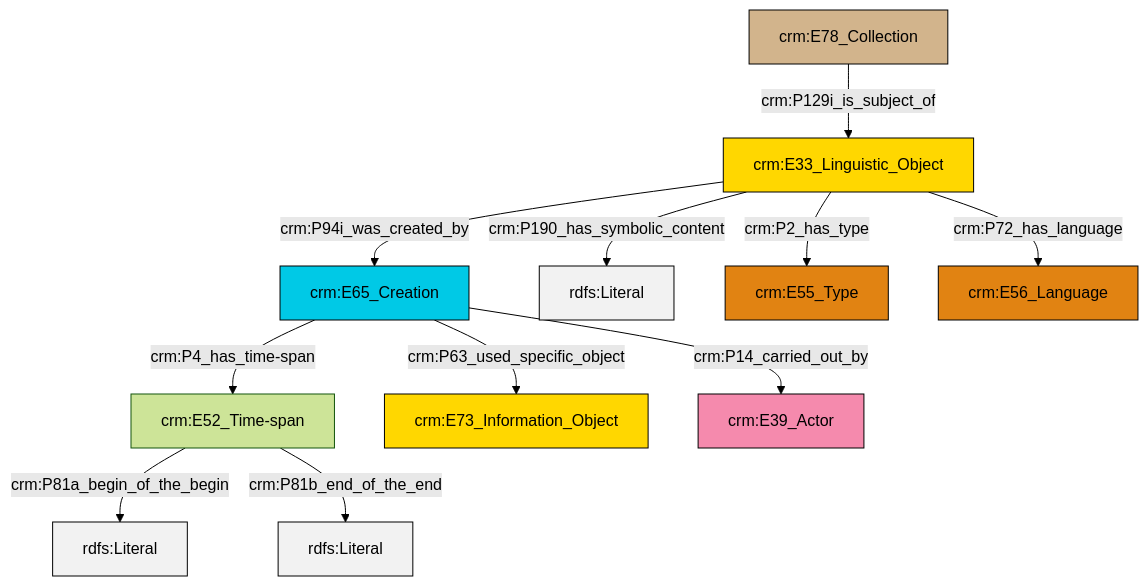
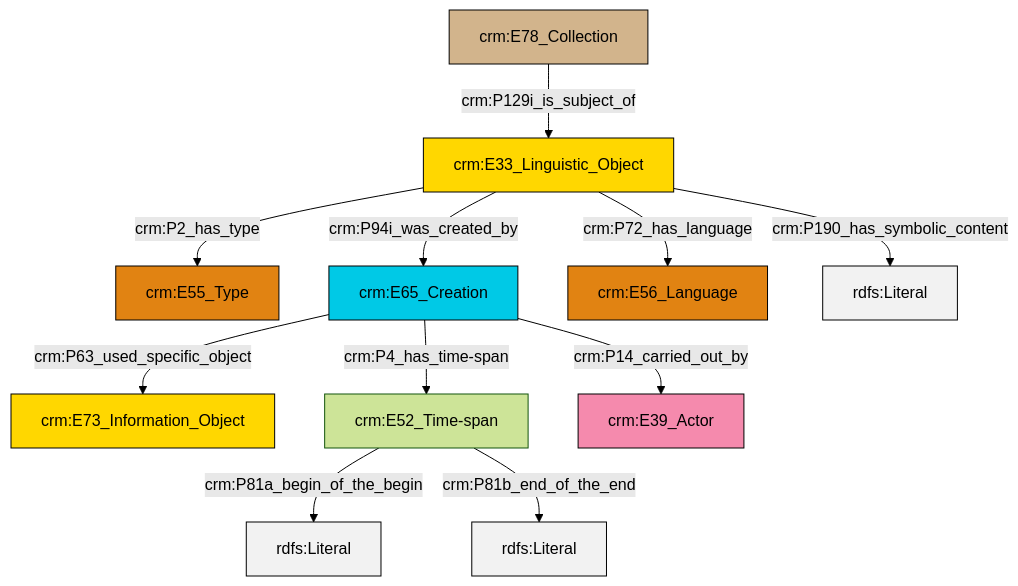
Before and after one commit to swiss-art-research-net/docs.swissartresearch: the diagram in et/archivalCSV/ttl/mmd/archival_desc.ttl.mmd, drawn with Mermaid (forest theme). The commit also changed 178 other files, not shown here.

```diff
--- a/et/archivalCSV/ttl/mmd/archival_desc.ttl.mmd
+++ b/et/archivalCSV/ttl/mmd/archival_desc.ttl.mmd
@@ -1,25 +1,25 @@
 graph TD
 classDef Literal fill:#f2f2f2,stroke:#000000;
 classDef CRM_Entity fill:#FFFFFF,stroke:#000000;
 classDef Temporal_Entity fill:#00C9E6, stroke:#000000;
 classDef Type fill:#E18312, stroke:#000000;
 classDef Time-Span fill:#2C9C91, stroke:#000000;
 classDef Appellation fill:#FFEB7F, stroke:#000000;
 classDef Place fill:#008836, stroke:#000000;
 classDef Persistent_Item fill:#B266B2, stroke:#000000;
 classDef Conceptual_Object fill:#FFD700, stroke:#000000;
 classDef Physical_Thing fill:#D2B48C, stroke:#000000;
 classDef Actor fill:#f58aad, stroke:#000000;
 classDef PC_Classes fill:#4ce600, stroke:#000000;
 classDef Multi fill:#cccccc,stroke:#000000;
 
-0["crm:E33_Linguistic_Object"]:::Conceptual_Object -->|crm:P94i_was_created_by| 1["crm:E65_Creation"]:::Temporal_Entity
-1["crm:E65_Creation"]:::Temporal_Entity -->|crm:P4_has_time-span| 2["crm:E52_Time-span"]:::Default
-1["crm:E65_Creation"]:::Temporal_Entity -->|crm:P63_used_specific_object| 3["crm:E73_Information_Object"]:::Conceptual_Object
-0["crm:E33_Linguistic_Object"]:::Conceptual_Object -->|crm:P190_has_symbolic_content| 5[rdfs:Literal]:::Literal
-2["crm:E52_Time-span"]:::Default -->|crm:P81a_begin_of_the_begin| 13[rdfs:Literal]:::Literal
-1["crm:E65_Creation"]:::Temporal_Entity -->|crm:P14_carried_out_by| 11["crm:E39_Actor"]:::Actor
-0["crm:E33_Linguistic_Object"]:::Conceptual_Object -->|crm:P72_has_language| 14["crm:E56_Language"]:::Type
-15["crm:E78_Collection"]:::Physical_Thing -->|crm:P129i_is_subject_of| 0["crm:E33_Linguistic_Object"]:::Conceptual_Object
-2["crm:E52_Time-span"]:::Default -->|crm:P81b_end_of_the_end| 18[rdfs:Literal]:::Literal
-0["crm:E33_Linguistic_Object"]:::Conceptual_Object -->|crm:P2_has_type| 8["crm:E55_Type"]:::Type
+0["crm:E33_Linguistic_Object"]:::Conceptual_Object -->|crm:P2_has_type| 1["crm:E55_Type"]:::Type
+3["crm:E65_Creation"]:::Temporal_Entity -->|crm:P63_used_specific_object| 4["crm:E73_Information_Object"]:::Conceptual_Object
+3["crm:E65_Creation"]:::Temporal_Entity -->|crm:P4_has_time-span| 5["crm:E52_Time-span"]:::Default
+6["crm:E78_Collection"]:::Physical_Thing -->|crm:P129i_is_subject_of| 0["crm:E33_Linguistic_Object"]:::Conceptual_Object
+0["crm:E33_Linguistic_Object"]:::Conceptual_Object -->|crm:P72_has_language| 10["crm:E56_Language"]:::Type
+5["crm:E52_Time-span"]:::Default -->|crm:P81a_begin_of_the_begin| 13[rdfs:Literal]:::Literal
+5["crm:E52_Time-span"]:::Default -->|crm:P81b_end_of_the_end| 17[rdfs:Literal]:::Literal
+3["crm:E65_Creation"]:::Temporal_Entity -->|crm:P14_carried_out_by| 14["crm:E39_Actor"]:::Actor
+0["crm:E33_Linguistic_Object"]:::Conceptual_Object -->|crm:P94i_was_created_by| 3["crm:E65_Creation"]:::Temporal_Entity
+0["crm:E33_Linguistic_Object"]:::Conceptual_Object -->|crm:P190_has_symbolic_content| 18[rdfs:Literal]:::Literal
```
